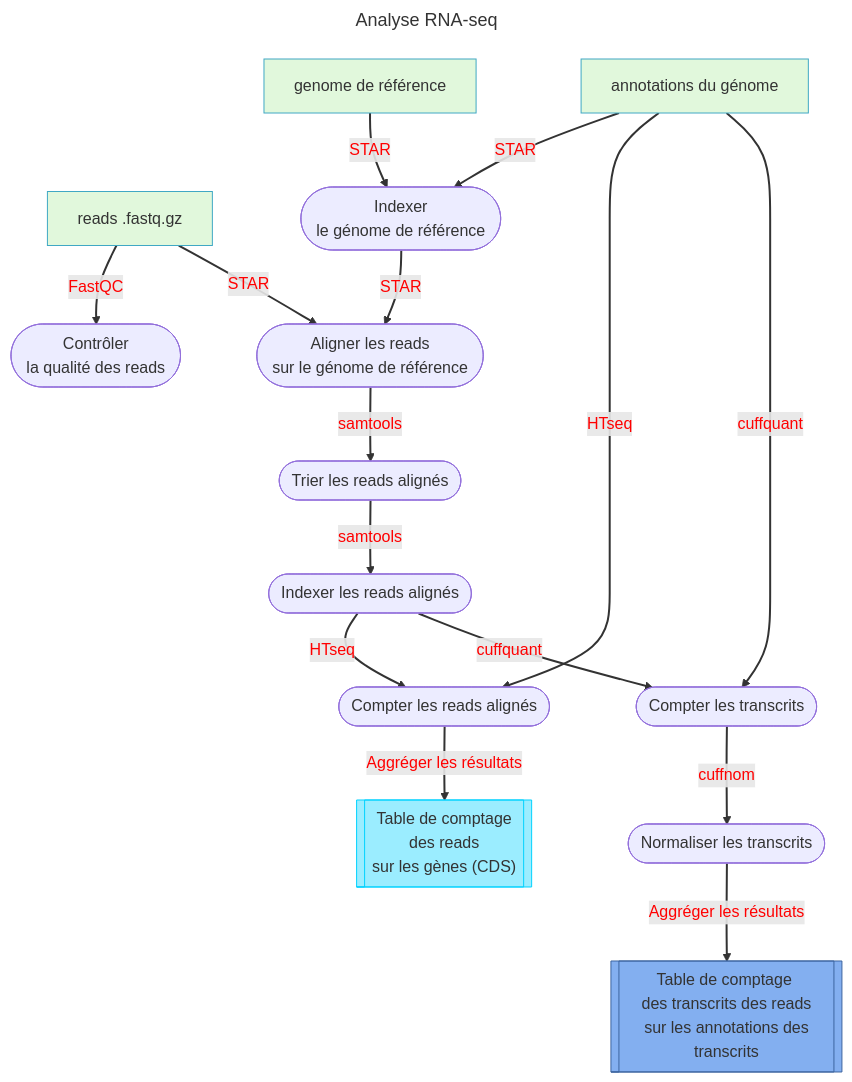
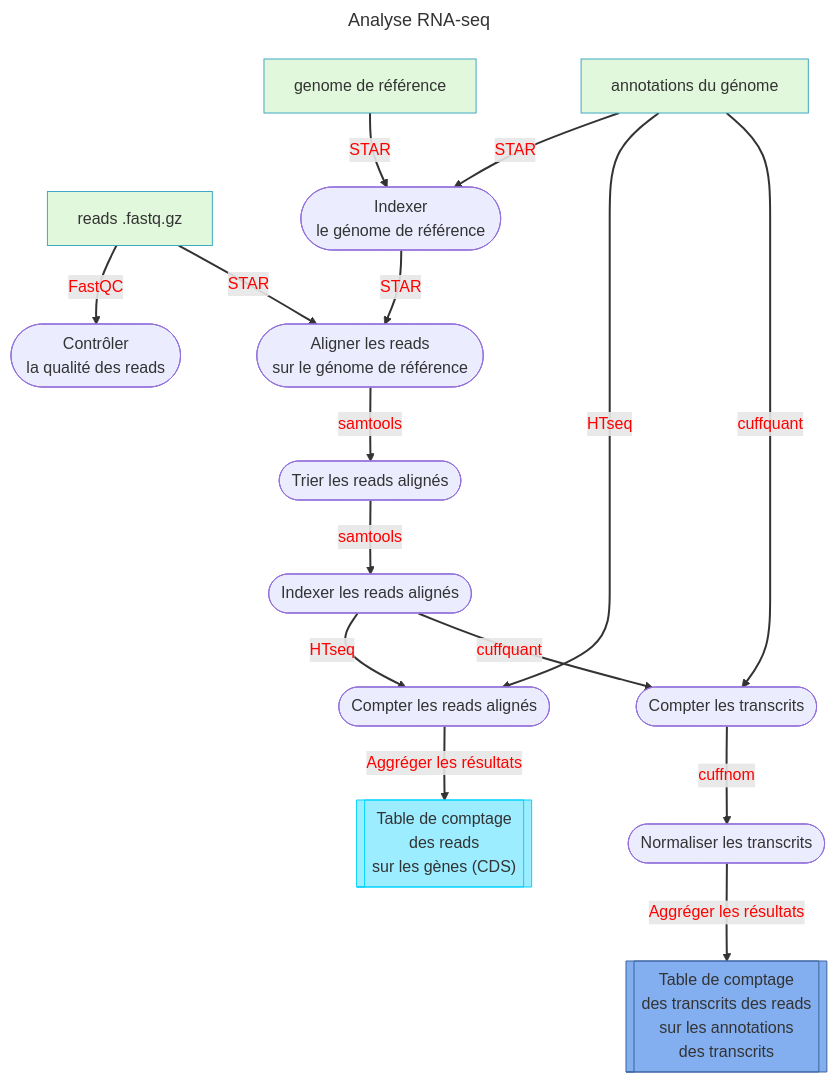
The diagram in content/tuto2/schema.md (pierrepo/unix-tutorial), drawn with Mermaid before and after one commit.

`````diff
--- a/content/tuto2/schema.md
+++ b/content/tuto2/schema.md
@@ -3,47 +3,47 @@
 ````{mermaid}
 ---
 title: "Analyse RNA-seq"
 ---
 flowchart TB
 	read["reads .fastq.gz"]
     genome["genome de référence"]
     annotation["annotations du génome"]
 
     quality_control(["Contrôler <br/> la qualité des reads"])
     star_index(["Indexer <br/> le génome de référence"])
     star_map(["Aligner les reads <br/> sur le génome de référence"])
     samtools_sort(["Trier les reads alignés"])
     samtools_index(["Indexer les reads alignés"])
     htseq(["Compter les reads alignés"])
     cuffquant(["Compter les transcrits"])
     cuffnorm(["Normaliser les transcrits"])
 
     table_reads[["Table de comptage <br/> des reads <br /> sur les gènes (CDS)"]]
-    table_transcrits[["Table de comptage <br/> des transcrits des reads <br/> sur les annotations des transcrits"]]
+    table_transcrits[["Table de comptage <br/> des transcrits des reads <br/> sur les annotations <br/> des transcrits"]]
 
     genome -->|"STAR"| star_index
     annotation -->|"STAR"| star_index
     
     read -->|"FastQC"| quality_control
     
     star_index -->|"STAR"| star_map
     read -->|"STAR"| star_map
 
     star_map -->|"samtools"| samtools_sort
     samtools_sort -->|"samtools"| samtools_index
 
     samtools_index -->|"HTseq"| htseq
     annotation -->|"HTseq"| htseq 
     samtools_index -->|"cuffquant"| cuffquant
     annotation -->|"cuffquant"| cuffquant
     cuffquant -->|"cuffnom"| cuffnorm
     cuffnorm -->|"Aggréger les résultats"| table_transcrits 
     htseq -->|"Aggréger les résultats"| table_reads
     
     linkStyle default stroke-width:2px,fill:none,color:red;
     style read fill:#E1F8DC,stroke:#40A8C4;
     style genome fill:#E1F8DC,stroke:#40A8C4;
     style annotation fill:#E1F8DC,stroke:#40A8C4;
     style table_reads fill:#9bedff,stroke:#00d2ff;
     style table_transcrits fill:#83aff0,stroke:#3c649f;
 ````
`````
